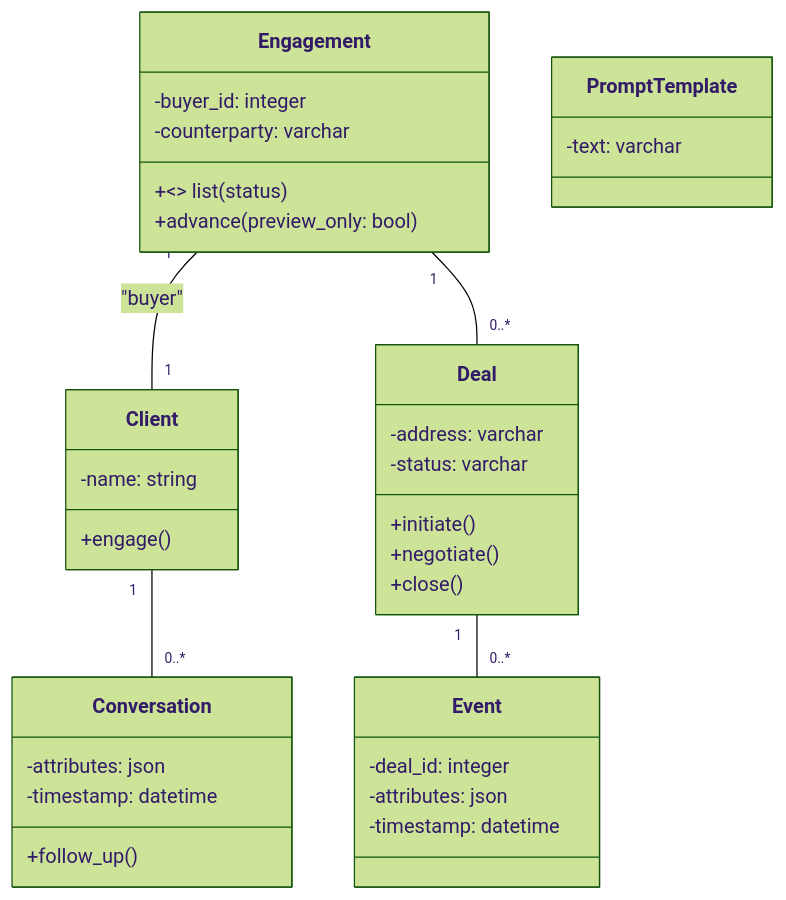
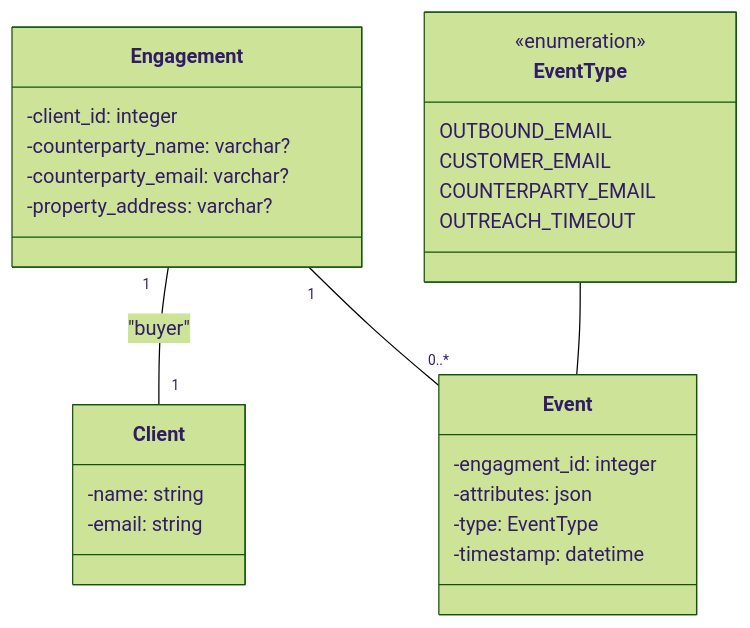
One commit to alexpotashnik/email-agent changed the first of 3 diagrams in README.md. Above: the diagram before and after it, drawn with Mermaid (forest theme). The commit also changed other lines of this file and 3 other files, not shown here.

````diff
--- a/README.md
+++ b/README.md
@@ -21,43 +24,33 @@
 ```mermaid
 classDiagram
     class Client {
         -name: string
-        +engage()
+        -email: string
     }
         
-    class Conversation {
-        -attributes: json
-        -timestamp: datetime
-        +follow_up()
+    class Engagement {
+        -client_id: integer
+        -counterparty_name: varchar?
+        -counterparty_email: varchar?
+        -property_address: varchar?
     }
     
-    class Deal {
-        -address: varchar
-        -status: varchar
-        +initiate()
-        +negotiate()
-        +close()
-    }
-    
-    class Engagement {
-        -buyer_id: integer
-        -counterparty: varchar
-        +<<static>> list(status)
-        +advance(preview_only: bool)
+    class EventType {
+        <<enumeration>>
+        OUTBOUND_EMAIL
+        CUSTOMER_EMAIL
+        COUNTERPARTY_EMAIL
+        OUTREACH_TIMEOUT
     }
     
     class Event {
-        -deal_id: integer
+        -engagment_id: integer
         -attributes: json
+        -type: EventType
         -timestamp: datetime
     }
-    
-    class PromptTemplate {
-        -text: varchar
-    }
 
-    Client "1" -- "0..*" Conversation
     Engagement "1" -- "1" Client : "buyer"
-    Engagement "1" -- "0..*" Deal
-    Deal "1" -- "0..*" Event 
+    Engagement "1" -- "0..*" Event 
+    EventType -- Event
 ```
````
